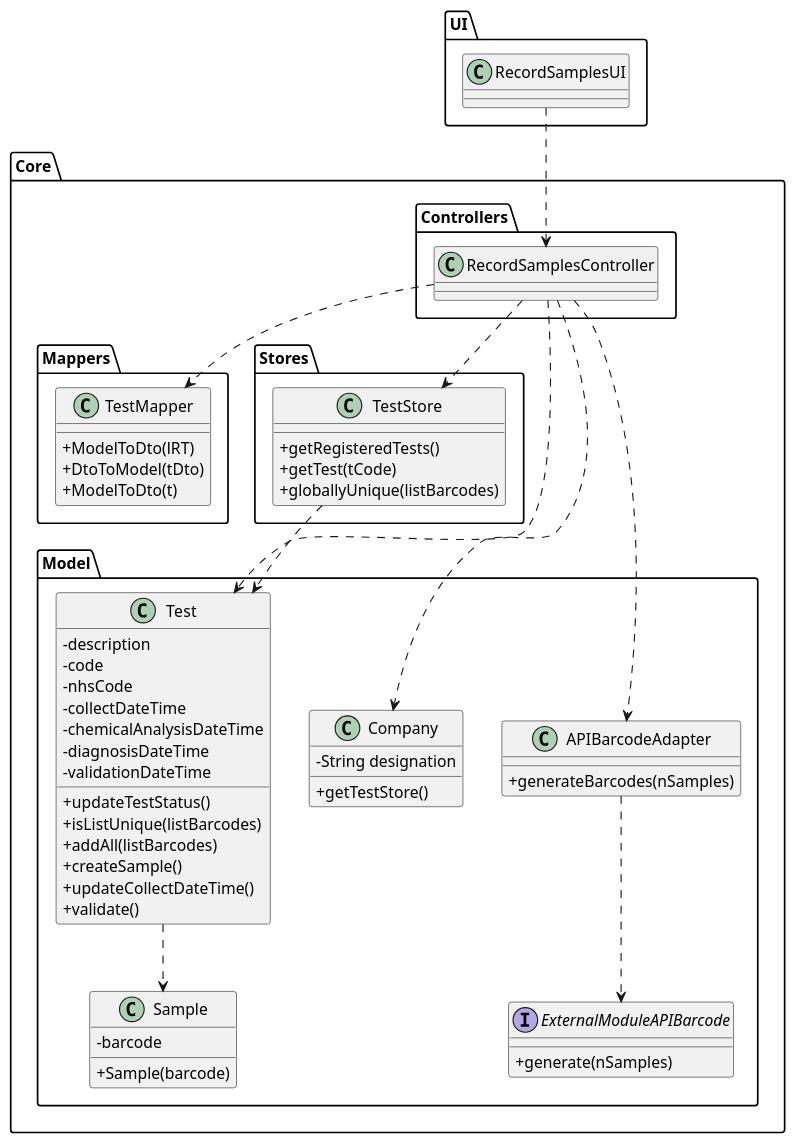
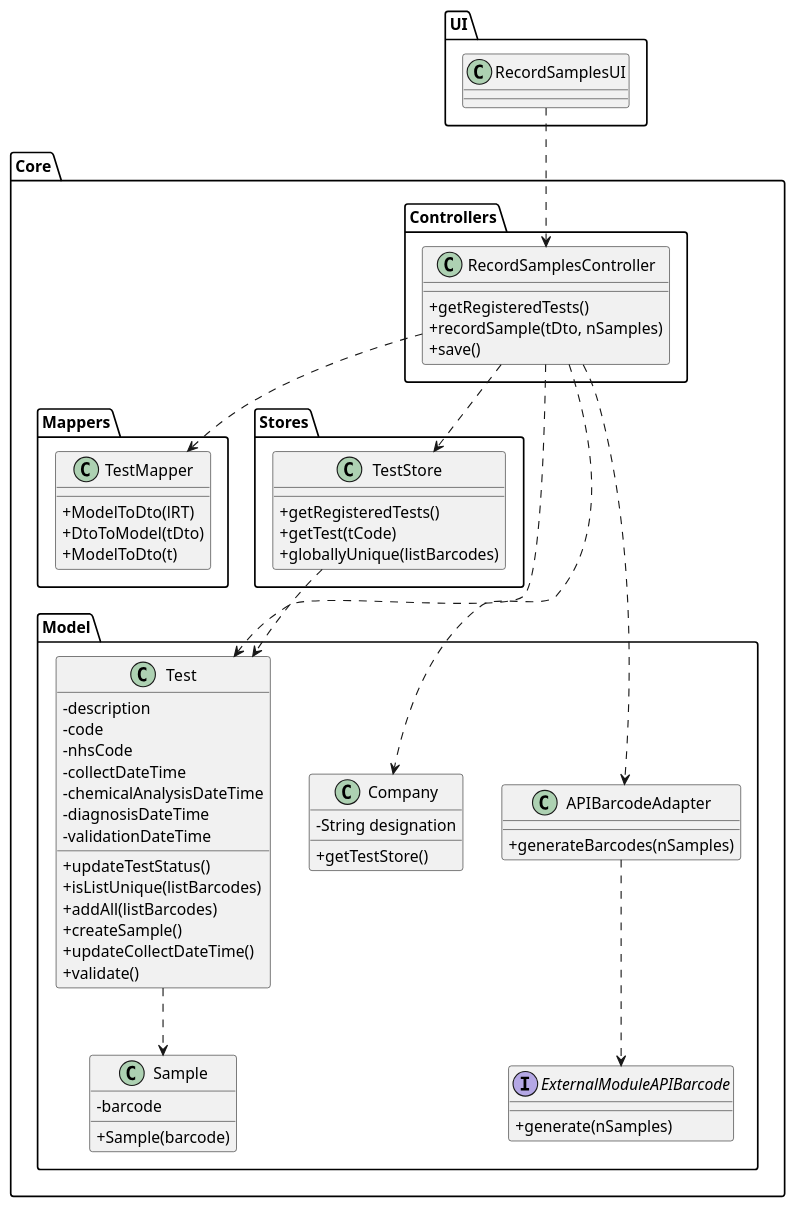
One commit to 0franciscor/lei-21-s2-1de-g19 changed the diagram in docs/SprintC/US05/US05-CD.puml. Above: the diagram before and after it, drawn with PlantUML. The commit also changed 1 other file, not shown here.

```diff
--- a/docs/SprintC/US05/US05-CD.puml
+++ b/docs/SprintC/US05/US05-CD.puml
@@ -1,85 +1,88 @@
 @startuml
 'https://plantuml.com/class-diagram
 
 skinparam classAttributeIconSize 0
 
 package "UI" {
 class RecordSamplesUI{
 }
 }
 
 package "Core" {
 package "Controllers"{
 class RecordSamplesController{
+  +getRegisteredTests()
+  +recordSample(tDto, nSamples)
+  +save()
 }
 }
 
 package "Mappers"{
 class TestMapper{
   +ModelToDto(lRT)
   +DtoToModel(tDto)
   +ModelToDto(t)
 }
 }
 
 
 package "Stores"{
 class TestStore{
   +getRegisteredTests()
   +getTest(tCode)
   +globallyUnique(listBarcodes)
 }
 }
 
 package "Model"{
 class Company{
   -String designation
   +getTestStore()
 }
 
 class Test{
   -description
   -code
   -nhsCode
   -collectDateTime
   -chemicalAnalysisDateTime
   -diagnosisDateTime
   -validationDateTime
   +updateTestStatus()
   +isListUnique(listBarcodes)
   +addAll(listBarcodes)
   +createSample()
   +updateCollectDateTime()
   +validate()
 }
 
 class APIBarcodeAdapter{
   +generateBarcodes(nSamples)
 }
 
 interface ExternalModuleAPIBarcode{
   +generate(nSamples)
 }
 
 class Sample{
   -barcode
   +Sample(barcode)
 }
 }
 
 
 }
 RecordSamplesUI ..> RecordSamplesController
 RecordSamplesController ..> TestMapper
 RecordSamplesController ..> Company
 RecordSamplesController ..> TestStore
 RecordSamplesController ..> Test
 RecordSamplesController ..> APIBarcodeAdapter
 APIBarcodeAdapter ..> ExternalModuleAPIBarcode
 TestStore ..> Test
 Test ..> Sample
 
 
 
 
 @enduml
```
